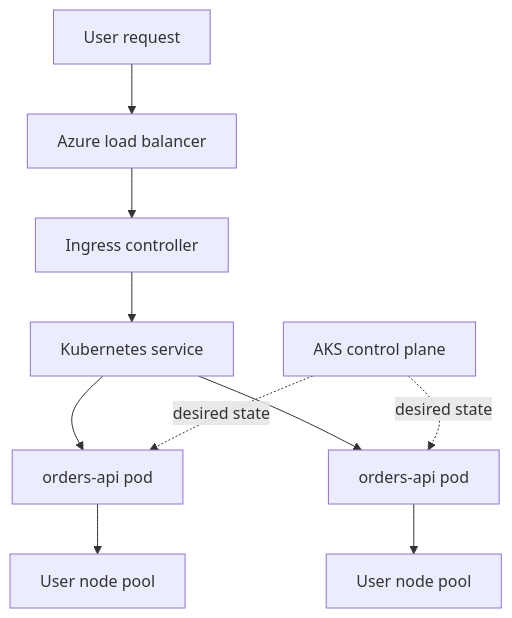
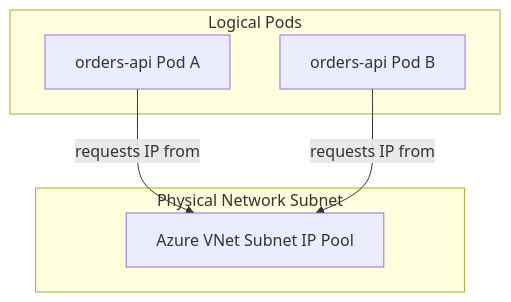
The third of 3 diagrams in cloud-providers/azure/compute-application-hosting/aks.md (senlinyy/dev-roadmaps), drawn with Mermaid before and after one commit. The commit also changed other lines of this file and 142 other files, not shown here.

````diff
--- a/cloud-providers/azure/compute-application-hosting/aks.md
+++ b/cloud-providers/azure/compute-application-hosting/aks.md
@@ -148,12 +105,12 @@
 ```mermaid
-flowchart TB
-    Internet["User request"] --> LB["Azure load balancer"]
-    LB --> Ingress["Ingress controller"]
-    Ingress --> Svc["Kubernetes service"]
-    Svc --> PodA["orders-api pod"]
-    Svc --> PodB["orders-api pod"]
-    PodA --> NodeA["User node pool"]
-    PodB --> NodeB["User node pool"]
-    Control["AKS control plane"] -. desired state .-> PodA
-    Control -. desired state .-> PodB
+flowchart TD
+    subgraph Namespace["Logical Pods"]
+        PodA["orders-api Pod A"]
+        PodB["orders-api Pod B"]
+    end
+    subgraph Subnet["Physical Network Subnet"]
+        VNet["Azure VNet Subnet IP Pool"]
+    end
+    PodA -- "requests IP from" --> VNet
+    PodB -- "requests IP from" --> VNet
 ```
````
